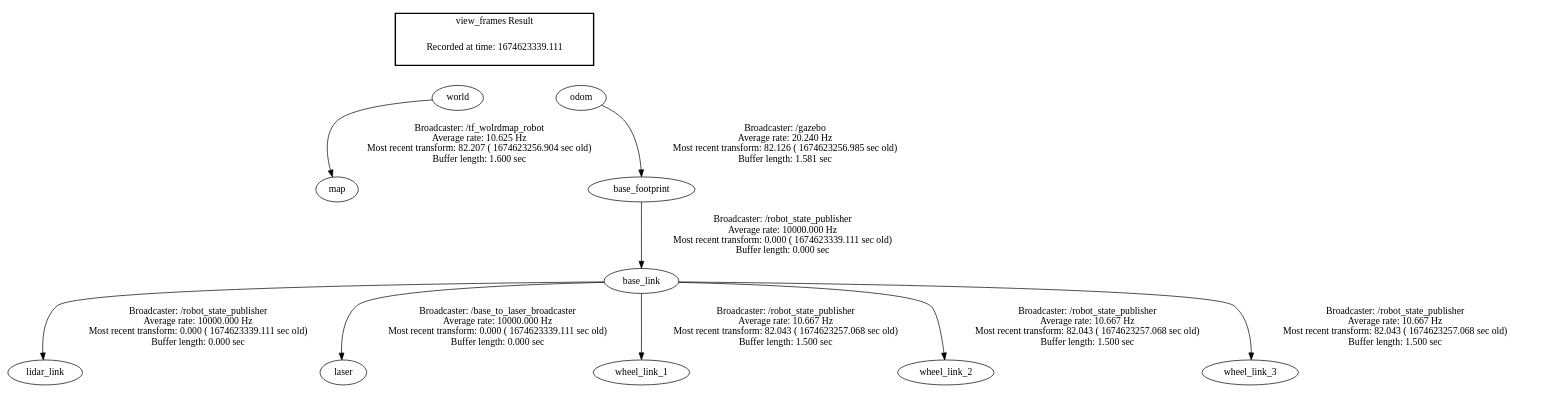
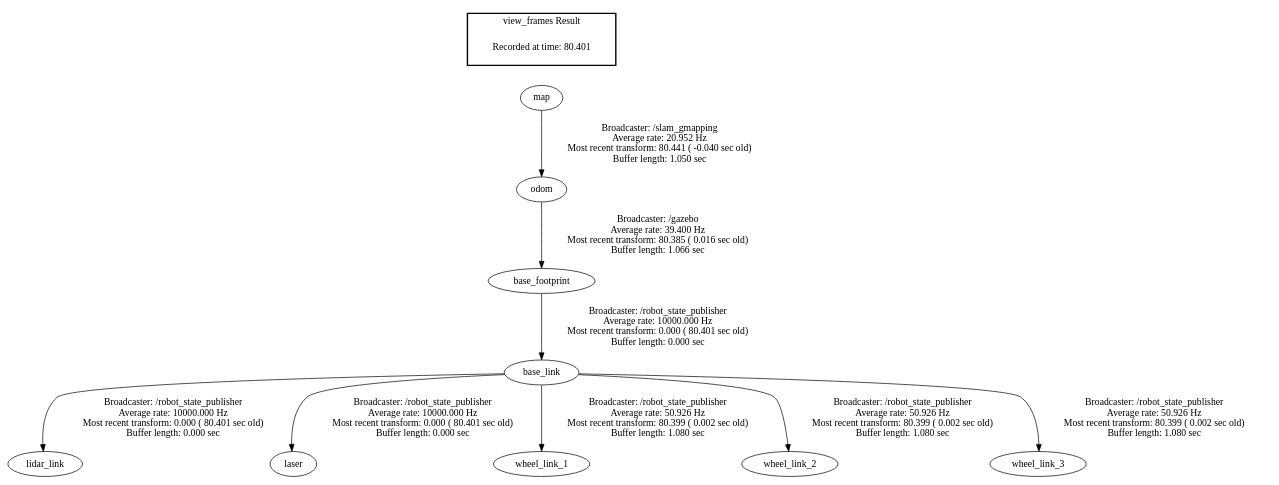
The diagram in main/arobota2/frames.gv (chanun3571/testswarm1), drawn with Graphviz before and after one commit. The commit also changed 6 other files, not shown here.

```diff
--- a/main/arobota2/frames.gv
+++ b/main/arobota2/frames.gv
@@ -1,18 +1,14 @@
 digraph G {
-"world" -> "map"[label="Broadcaster: /tf_wolrdmap_robot\nAverage rate: 10.625 Hz\nMost recent transform: 82.207 ( 1674623256.904 sec old)\nBuffer length: 1.600 sec\n"];
-"base_link" -> "lidar_link"[label="Broadcaster: /robot_state_publisher\nAverage rate: 10000.000 Hz\nMost recent transform: 0.000 ( 1674623339.111 sec old)\nBuffer length: 0.000 sec\n"];
-"base_footprint" -> "base_link"[label="Broadcaster: /robot_state_publisher\nAverage rate: 10000.000 Hz\nMost recent transform: 0.000 ( 1674623339.111 sec old)\nBuffer length: 0.000 sec\n"];
-"odom" -> "base_footprint"[label="Broadcaster: /gazebo\nAverage rate: 20.240 Hz\nMost recent transform: 82.126 ( 1674623256.985 sec old)\nBuffer length: 1.581 sec\n"];
-"base_link" -> "laser"[label="Broadcaster: /base_to_laser_broadcaster\nAverage rate: 10000.000 Hz\nMost recent transform: 0.000 ( 1674623339.111 sec old)\nBuffer length: 0.000 sec\n"];
-"base_link" -> "wheel_link_1"[label="Broadcaster: /robot_state_publisher\nAverage rate: 10.667 Hz\nMost recent transform: 82.043 ( 1674623257.068 sec old)\nBuffer length: 1.500 sec\n"];
-"base_link" -> "wheel_link_2"[label="Broadcaster: /robot_state_publisher\nAverage rate: 10.667 Hz\nMost recent transform: 82.043 ( 1674623257.068 sec old)\nBuffer length: 1.500 sec\n"];
-"base_link" -> "wheel_link_3"[label="Broadcaster: /robot_state_publisher\nAverage rate: 10.667 Hz\nMost recent transform: 82.043 ( 1674623257.068 sec old)\nBuffer length: 1.500 sec\n"];
+"base_link" -> "lidar_link"[label="Broadcaster: /robot_state_publisher\nAverage rate: 10000.000 Hz\nMost recent transform: 0.000 ( 80.401 sec old)\nBuffer length: 0.000 sec\n"];
+"base_footprint" -> "base_link"[label="Broadcaster: /robot_state_publisher\nAverage rate: 10000.000 Hz\nMost recent transform: 0.000 ( 80.401 sec old)\nBuffer length: 0.000 sec\n"];
+"odom" -> "base_footprint"[label="Broadcaster: /gazebo\nAverage rate: 39.400 Hz\nMost recent transform: 80.385 ( 0.016 sec old)\nBuffer length: 1.066 sec\n"];
+"base_link" -> "laser"[label="Broadcaster: /robot_state_publisher\nAverage rate: 10000.000 Hz\nMost recent transform: 0.000 ( 80.401 sec old)\nBuffer length: 0.000 sec\n"];
+"map" -> "odom"[label="Broadcaster: /slam_gmapping\nAverage rate: 20.952 Hz\nMost recent transform: 80.441 ( -0.040 sec old)\nBuffer length: 1.050 sec\n"];
+"base_link" -> "wheel_link_1"[label="Broadcaster: /robot_state_publisher\nAverage rate: 50.926 Hz\nMost recent transform: 80.399 ( 0.002 sec old)\nBuffer length: 1.080 sec\n"];
+"base_link" -> "wheel_link_2"[label="Broadcaster: /robot_state_publisher\nAverage rate: 50.926 Hz\nMost recent transform: 80.399 ( 0.002 sec old)\nBuffer length: 1.080 sec\n"];
+"base_link" -> "wheel_link_3"[label="Broadcaster: /robot_state_publisher\nAverage rate: 50.926 Hz\nMost recent transform: 80.399 ( 0.002 sec old)\nBuffer length: 1.080 sec\n"];
 edge [style=invis];
  subgraph cluster_legend { style=bold; color=black; label ="view_frames Result";
-"Recorded at time: 1674623339.111"[ shape=plaintext ] ;
- }->"world";
-edge [style=invis];
- subgraph cluster_legend { style=bold; color=black; label ="view_frames Result";
-"Recorded at time: 1674623339.111"[ shape=plaintext ] ;
- }->"odom";
+"Recorded at time: 80.401"[ shape=plaintext ] ;
+ }->"map";
 }
```
